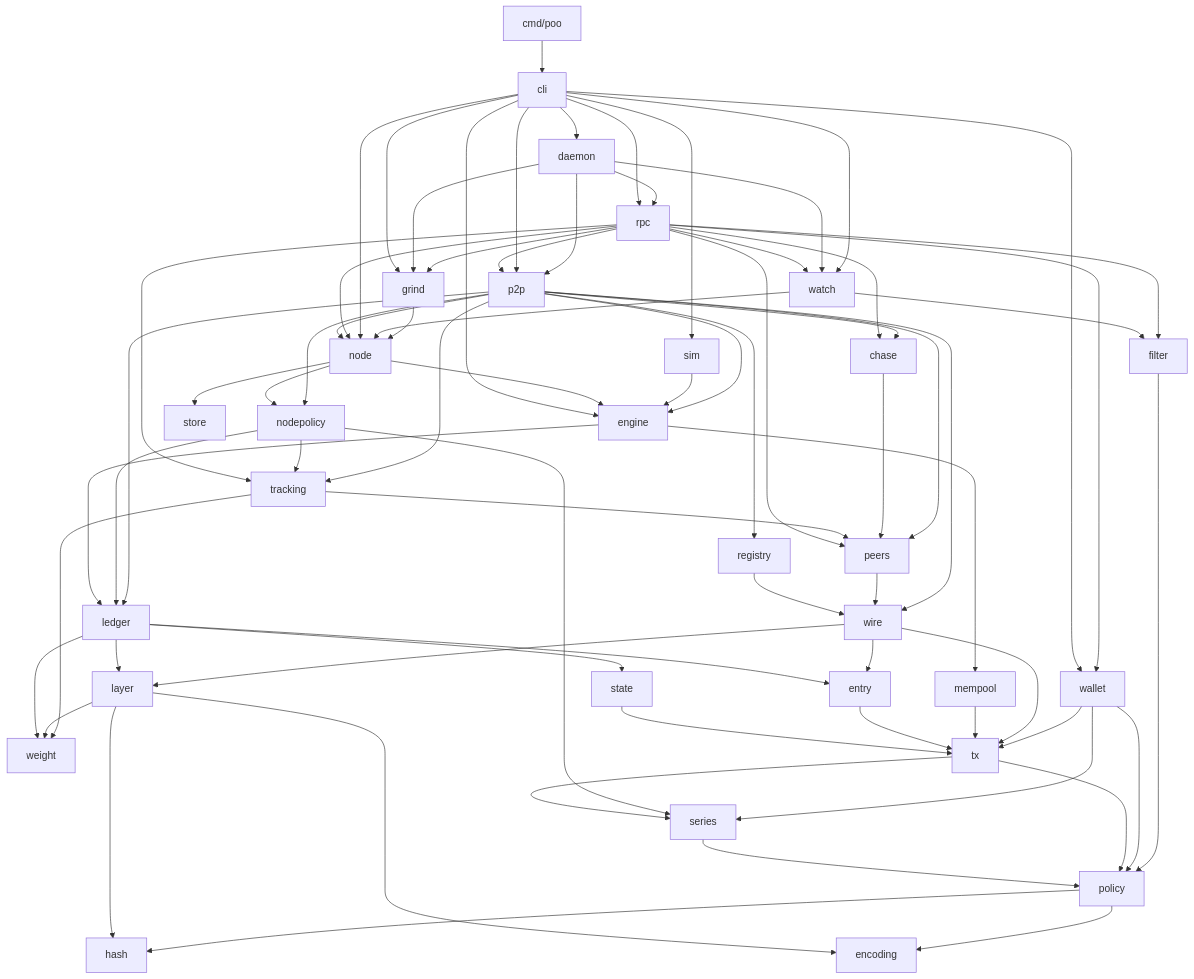
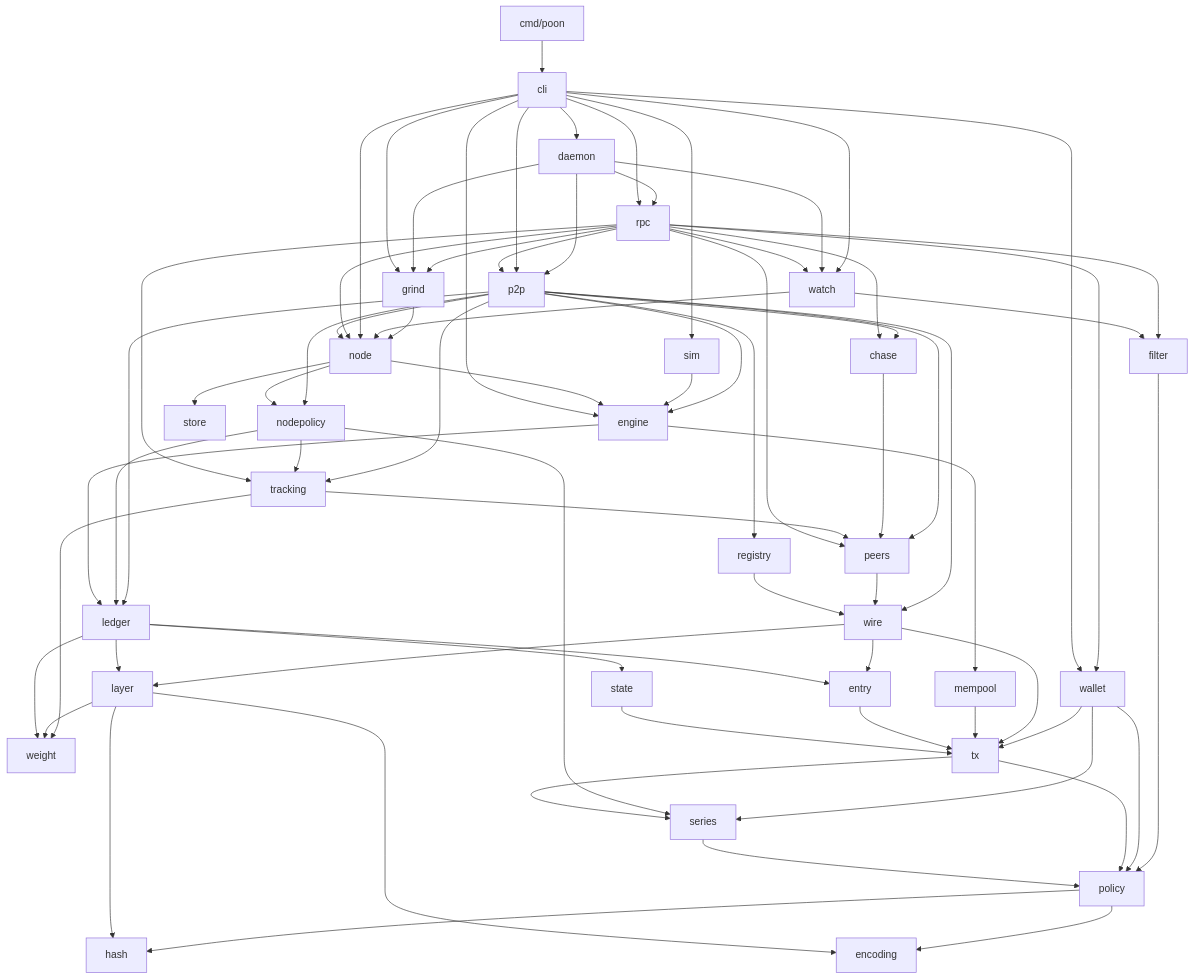
Before and after one commit to JogginTheNoggin/crypto-mint-net: the first of 2 diagrams in docs/architecture.md, drawn with Mermaid. The commit also changed other lines of this file and 231 other files, not shown here.

First line of the commit message:
Source Round 40 Part A: rename poo to poon, W-36, GUI-GREEN-065 notes (D204)

````diff
--- a/docs/architecture.md
+++ b/docs/architecture.md
@@ -27,74 +27,74 @@
 ```mermaid
 graph TD
-  main[cmd/poo] --> cmd
+  main[cmd/poon] --> cmd
   cmd[cli] --> daemon
   cmd --> watch
   daemon --> rpc
   daemon --> p2p
   daemon --> watch
   rpc --> watch
   rpc --> filter
   rpc --> grind
   daemon --> grind
   cmd --> grind
   grind --> node
   watch --> filter
   watch --> node
   filter --> policy
   cmd[cli] --> rpc
   cmd --> node
   cmd --> p2p
   rpc --> node
   rpc --> p2p
   p2p --> node
   p2p --> wire
   p2p --> engine
   p2p --> ledger
   p2p --> nodepolicy
   p2p --> peers
   p2p --> registry
   p2p --> tracking
   p2p --> chase
   chase --> peers
   tracking --> peers
   tracking --> weight
   nodepolicy --> tracking
   rpc --> tracking
   rpc --> chase
   peers --> wire
   registry --> wire
   rpc --> peers
   rpc --> wallet
   cmd --> wallet
   cmd --> sim
   sim --> engine
   wallet --> policy
   wallet --> tx
   wallet --> series
   wire --> entry
   wire --> layer
   wire --> tx
   node --> engine
   node --> store
   node --> nodepolicy
   nodepolicy --> ledger
   nodepolicy --> series
   cmd --> engine
   engine --> ledger
   engine --> mempool
   ledger --> entry
   ledger --> layer
   ledger --> state
   mempool --> tx
   entry --> tx
   state --> tx
   tx --> series
   tx --> policy
   series --> policy
   layer --> weight
   ledger --> weight
   policy --> hash
   policy --> encoding
   layer --> hash
   layer --> encoding
 ```
````
